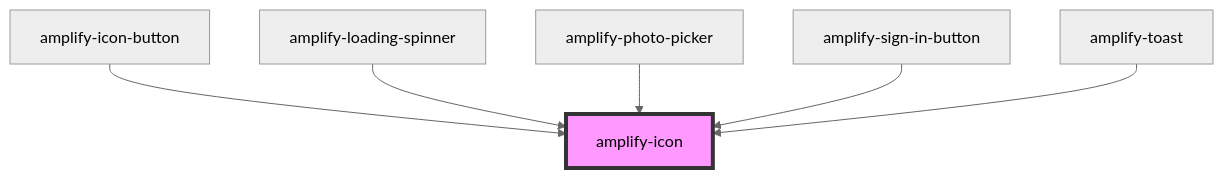
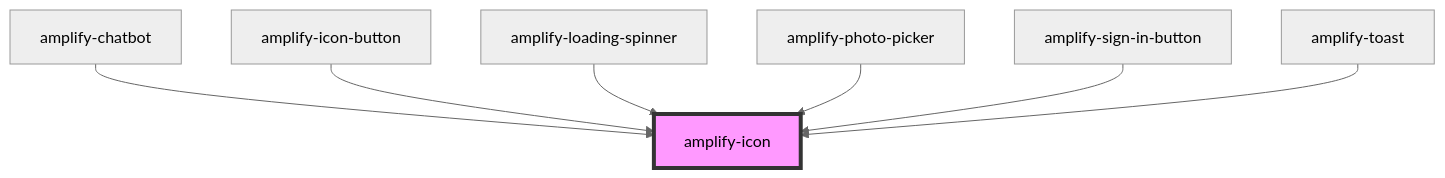
The diagram in packages/amplify-ui-components/src/components/amplify-icon/readme.md (aws-amplify/amplify-js), drawn with Mermaid (neutral theme) before and after one commit. The commit also changed other lines of this file and 8 other files, not shown here.

Commit message:
amplify-chatbot initial import

````diff
--- a/packages/amplify-ui-components/src/components/amplify-icon/readme.md
+++ b/packages/amplify-ui-components/src/components/amplify-icon/readme.md
@@ -24,9 +25,10 @@
 ```mermaid
 graph TD;
+  amplify-chatbot --> amplify-icon
   amplify-icon-button --> amplify-icon
   amplify-loading-spinner --> amplify-icon
   amplify-photo-picker --> amplify-icon
   amplify-sign-in-button --> amplify-icon
   amplify-toast --> amplify-icon
   style amplify-icon fill:#f9f,stroke:#333,stroke-width:4px
 ```
````
